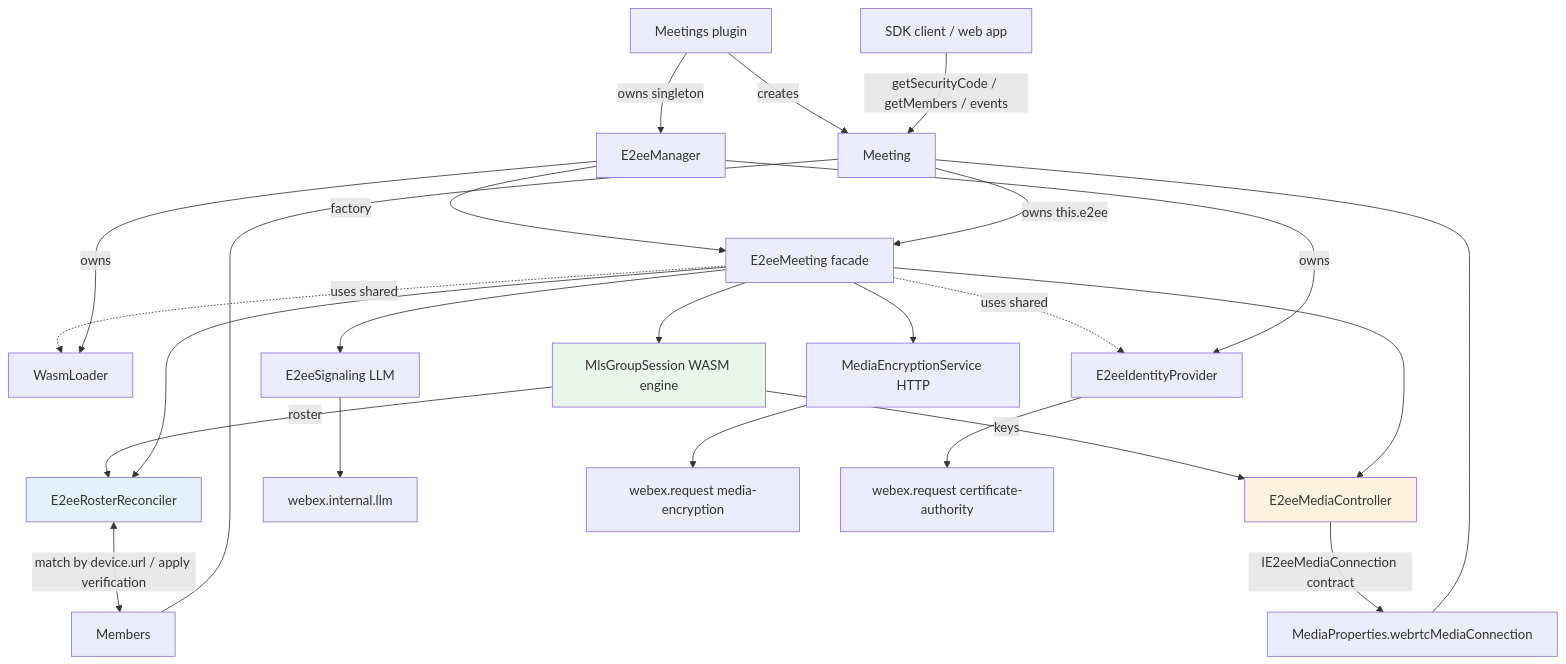
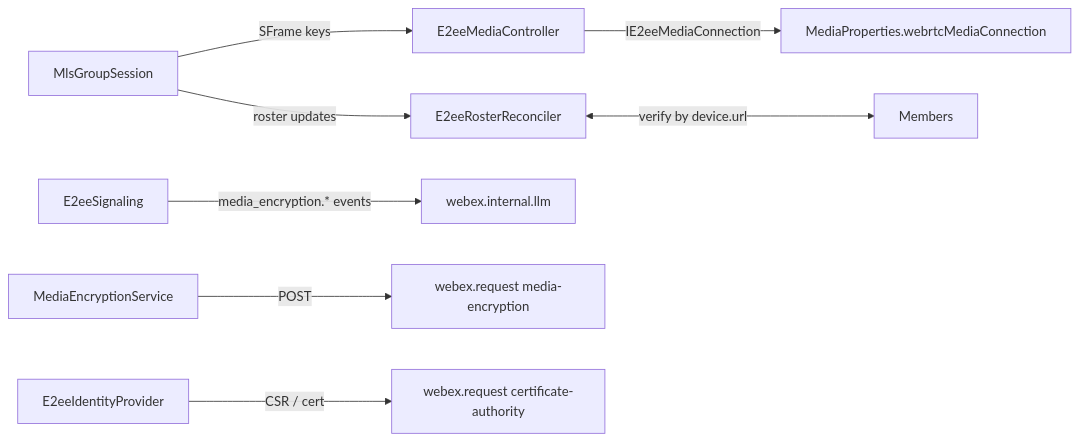
One commit to webex/webex-js-sdk changed the third of 3 diagrams in packages/@webex/plugin-meetings/src/e2ee/DESIGN.md. Above: the diagram before and after it, drawn with Mermaid. The commit also changed other lines of this file, not shown here.

Commit message:
fix: split design diagram into smaller ones

````diff
--- a/packages/@webex/plugin-meetings/src/e2ee/DESIGN.md
+++ b/packages/@webex/plugin-meetings/src/e2ee/DESIGN.md
@@ -56,33 +100,11 @@
 ```mermaid
-graph TD
-    App[SDK client / web app] -->|getSecurityCode / getMembers / events| Meeting
-    Meetings[Meetings plugin] -->|owns singleton| Mgr[E2eeManager]
-    Meetings -->|creates| Meeting
-    Meeting -->|owns this.e2ee| E2eeMeeting[E2eeMeeting facade]
-    Meeting --- Members
-    Meeting --- MediaProps[MediaProperties.webrtcMediaConnection]
+graph LR
+    MLS[MlsGroupSession] -->|SFrame keys| MediaCtl[E2eeMediaController]
+    MediaCtl -->|IE2eeMediaConnection| MediaProps[MediaProperties.webrtcMediaConnection]
+    MLS -->|roster updates| Recon[E2eeRosterReconciler]
+    Recon <-->|verify by device.url| Members
 
-    Mgr -->|owns| WasmLoader
-    Mgr -->|owns| Ident[E2eeIdentityProvider]
-    Mgr -->|factory| E2eeMeeting
-
-    E2eeMeeting --> MLS[MlsGroupSession WASM engine]
-    E2eeMeeting --> Sig[E2eeSignaling LLM]
-    E2eeMeeting --> Svc[MediaEncryptionService HTTP]
-    E2eeMeeting --> Recon[E2eeRosterReconciler]
-    E2eeMeeting --> MediaCtl[E2eeMediaController]
-    E2eeMeeting -.uses shared.-> Ident
-    E2eeMeeting -.uses shared.-> WasmLoader
-
-    MLS -->|keys| MediaCtl
-    MLS -->|roster| Recon
-    Recon <-->|match by device.url / apply verification| Members
-    MediaCtl -->|IE2eeMediaConnection contract| MediaProps
-    Sig --> LLM[webex.internal.llm]
-    Svc --> SvcCat[webex.request media-encryption]
-    Ident --> CA[webex.request certificate-authority]
-
-    style MLS fill:#e8f5e9
-    style MediaCtl fill:#fff3e0
-    style Recon fill:#e3f2fd
+    Sig[E2eeSignaling] -->|media_encryption.* events| LLM[webex.internal.llm]
+    Svc[MediaEncryptionService] -->|POST| MES[webex.request media-encryption]
+    Ident[E2eeIdentityProvider] -->|CSR / cert| CA[webex.request certificate-authority]
 ```
````
